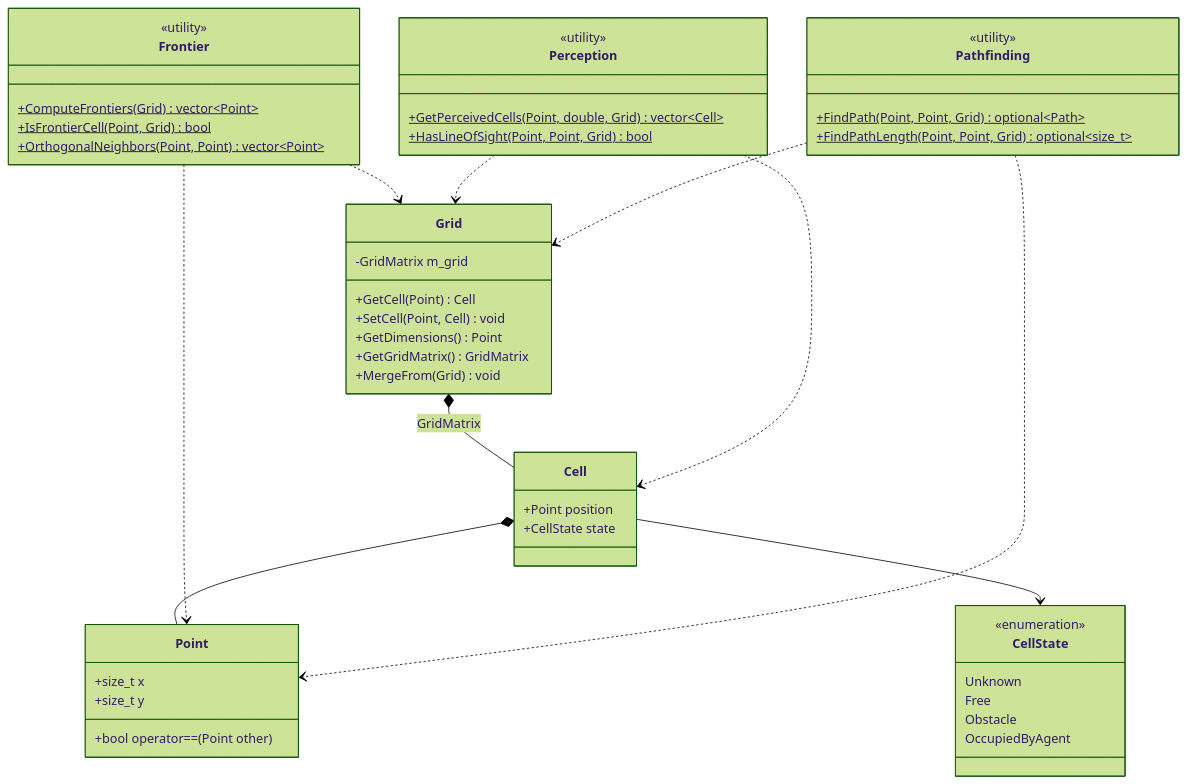
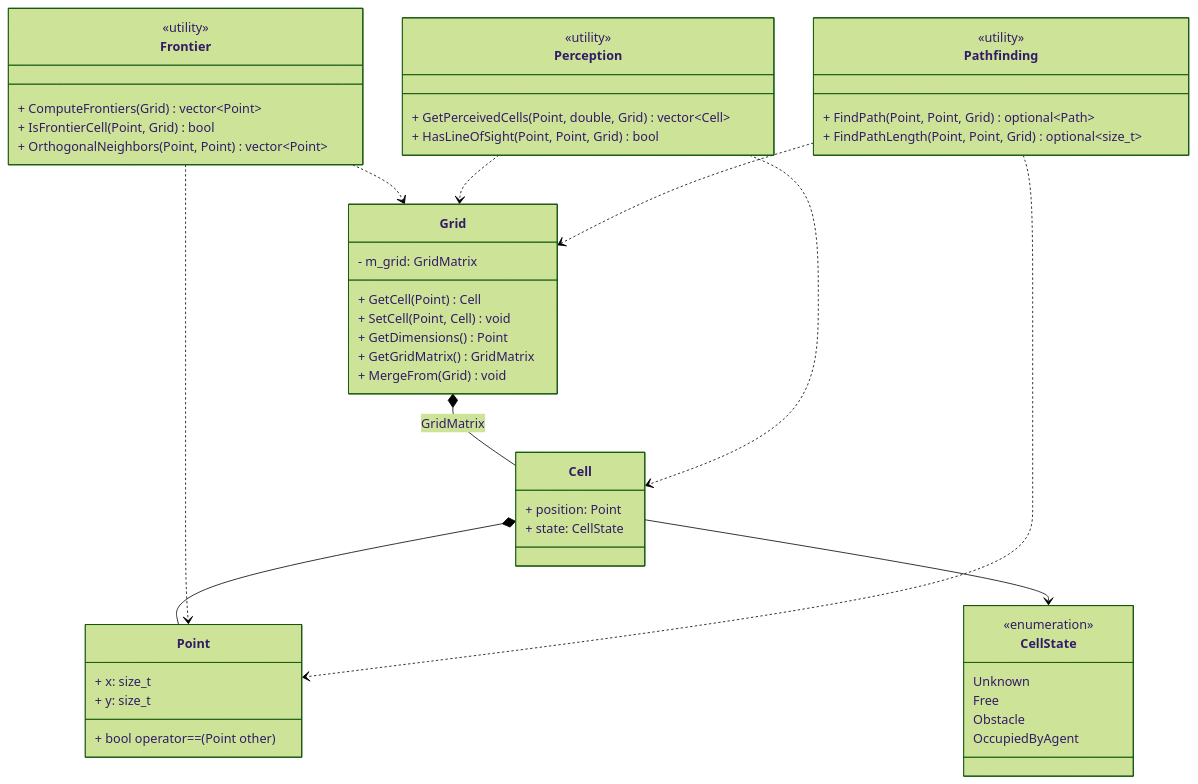
Before and after one commit to Obamium3157/CooperativeExplorationSimulation: the first of 4 diagrams in README.md, drawn with Mermaid (forest theme). The commit also changed other lines of this file and 2 other files, not shown here.

````diff
--- a/README.md
+++ b/README.md
@@ -6,60 +6,62 @@
 ```mermaid
 classDiagram
     class Point {
-        +size_t x
-        +size_t y
-        +bool operator==(Point other)
+        + x: size_t
+        + y: size_t
+        
+        + bool operator==(Point other)
     }
 
     class CellState {
         <<enumeration>>
         Unknown
         Free
         Obstacle
         OccupiedByAgent
     }
 
     class Cell {
-        +Point position
-        +CellState state
+        + position: Point
+        + state: CellState
     }
 
     class Grid {
-        -GridMatrix m_grid
-        +GetCell(Point) Cell
-        +SetCell(Point, Cell) void
-        +GetDimensions() Point
-        +GetGridMatrix() GridMatrix
-        +MergeFrom(Grid) void
+        - m_grid: GridMatrix
+        
+        + GetCell(Point) Cell
+        + SetCell(Point, Cell) void
+        + GetDimensions() Point
+        + GetGridMatrix() GridMatrix
+        + MergeFrom(Grid) void
     }
 
     class Frontier {
         <<utility>>
-        +ComputeFrontiers(Grid)$ vector~Point~
-        +IsFrontierCell(Point, Grid)$ bool
-        +OrthogonalNeighbors(Point, Point)$ vector~Point~
+        + ComputeFrontiers(Grid) vector~Point~
+        + IsFrontierCell(Point, Grid) bool
+        + OrthogonalNeighbors(Point, Point) vector~Point~
     }
 
     class Perception {
         <<utility>>
-        +GetPerceivedCells(Point, double, Grid)$ vector~Cell~
-        +HasLineOfSight(Point, Point, Grid)$ bool
+        + GetPerceivedCells(Point, double, Grid) vector~Cell~
+        + HasLineOfSight(Point, Point, Grid) bool
     }
 
     class Pathfinding {
         <<utility>>
-        +FindPath(Point, Point, Grid)$ optional~Path~
-        +FindPathLength(Point, Point, Grid)$ optional~size_t~
+        + FindPath(Point, Point, Grid) optional~Path~
+        + FindPathLength(Point, Point, Grid) optional~size_t~
     }
 
     Cell *-- Point
     Cell --> CellState
     Grid *-- Cell : GridMatrix
 
     Frontier ..> Grid
     Frontier ..> Point
     Perception ..> Grid
     Perception ..> Cell
     Pathfinding ..> Grid
     Pathfinding ..> Point
 ```
````
